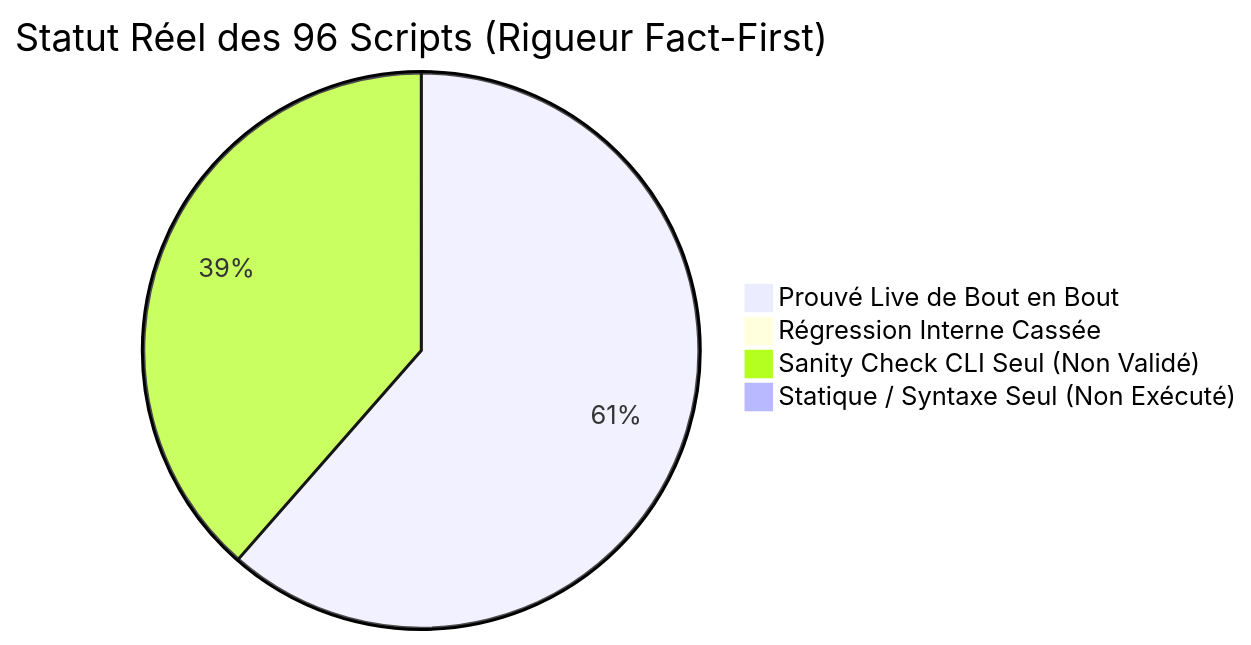
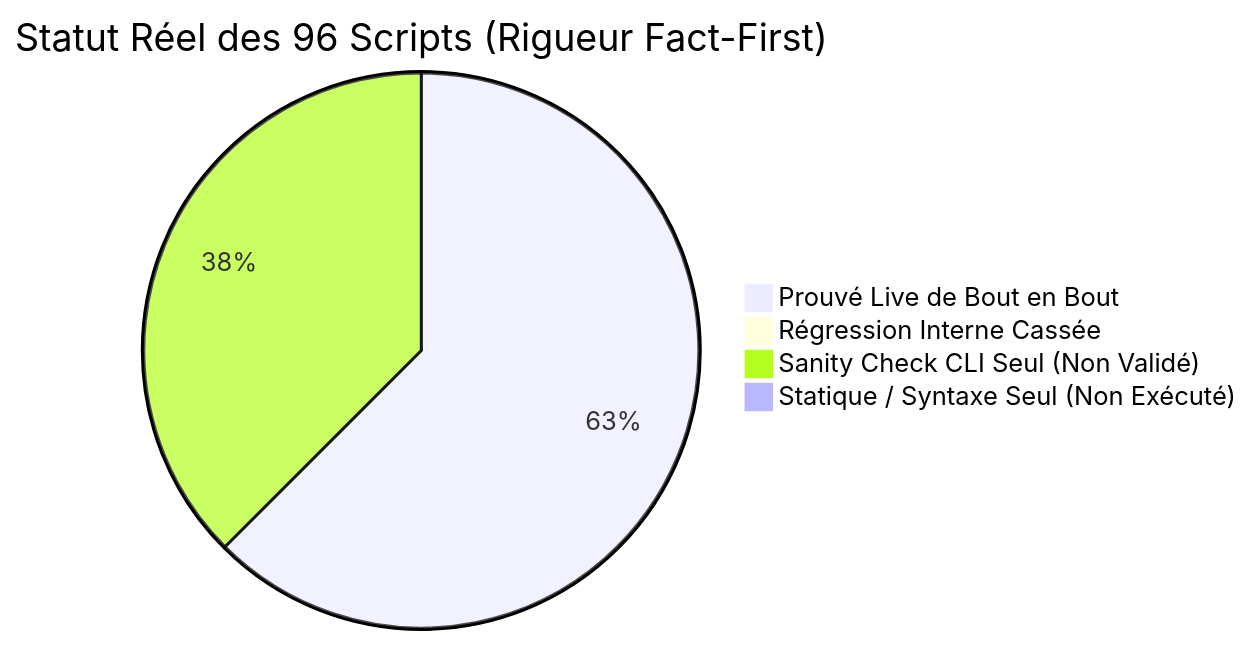
One commit to yoyonel/pydbsrt changed the diagram in docs/reference/2026-11-10-audit-exhaustif-scripts-regressions.md. Above: the diagram before and after it, drawn with Mermaid. The commit also changed other lines of this file and 3 other files, not shown here.

First line of the commit message:
fix(tooling): dynamic root, cognitive complexity reduction and cli check mode in generate coverage report (#69)

````diff
--- a/docs/reference/2026-11-10-audit-exhaustif-scripts-regressions.md
+++ b/docs/reference/2026-11-10-audit-exhaustif-scripts-regressions.md
@@ -16,7 +16,7 @@
 ```mermaid
 pie title Statut Réel des 96 Scripts (Rigueur Fact-First)
-    "Prouvé Live de Bout en Bout" : 59
+    "Prouvé Live de Bout en Bout" : 60
     "Régression Interne Cassée" : 0
-    "Sanity Check CLI Seul (Non Validé)" : 37
+    "Sanity Check CLI Seul (Non Validé)" : 36
     "Statique / Syntaxe Seul (Non Exécuté)" : 0
 ```
````
